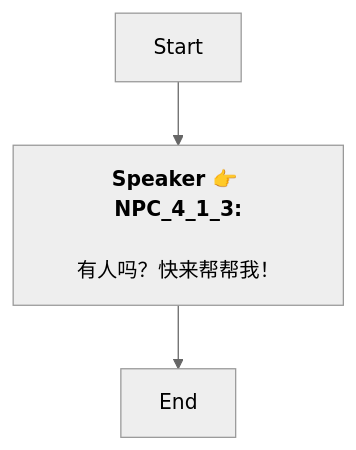
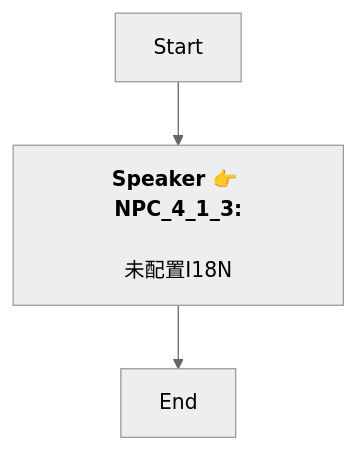
The diagram in Zh/QuestApproachDialogNode_1739063106994376.md (SoftHu/tos_avg), drawn with Mermaid (neutral theme) before and after one commit. The commit also changed 780 other files, not shown here.

````diff
--- a/Zh/QuestApproachDialogNode_1739063106994376.md
+++ b/Zh/QuestApproachDialogNode_1739063106994376.md
@@ -1,7 +1,7 @@
 ```mermaid
 graph
 Start -->1739069851234500[<b>Speaker 👉 NPC_4_1_3:</b>
-\n有人吗？快来帮帮我！]
+\n未配置I18N]
 1739069851234500 -->1739063222879437[End]
 
 ```
````
